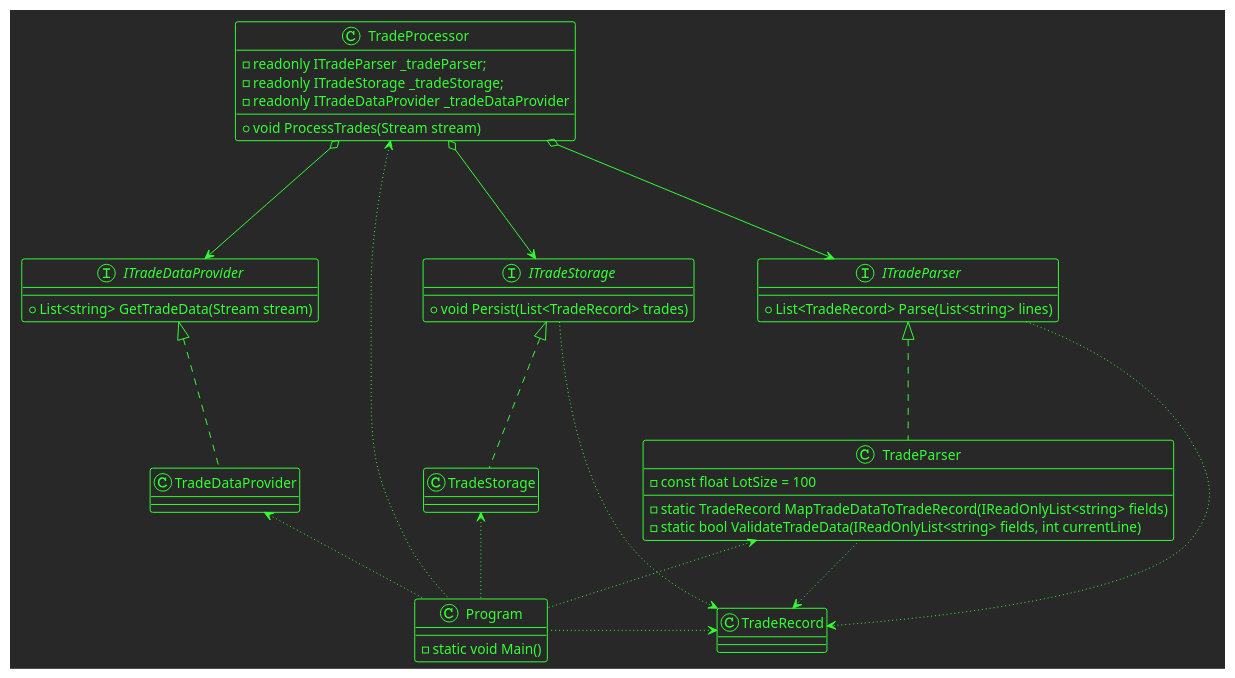
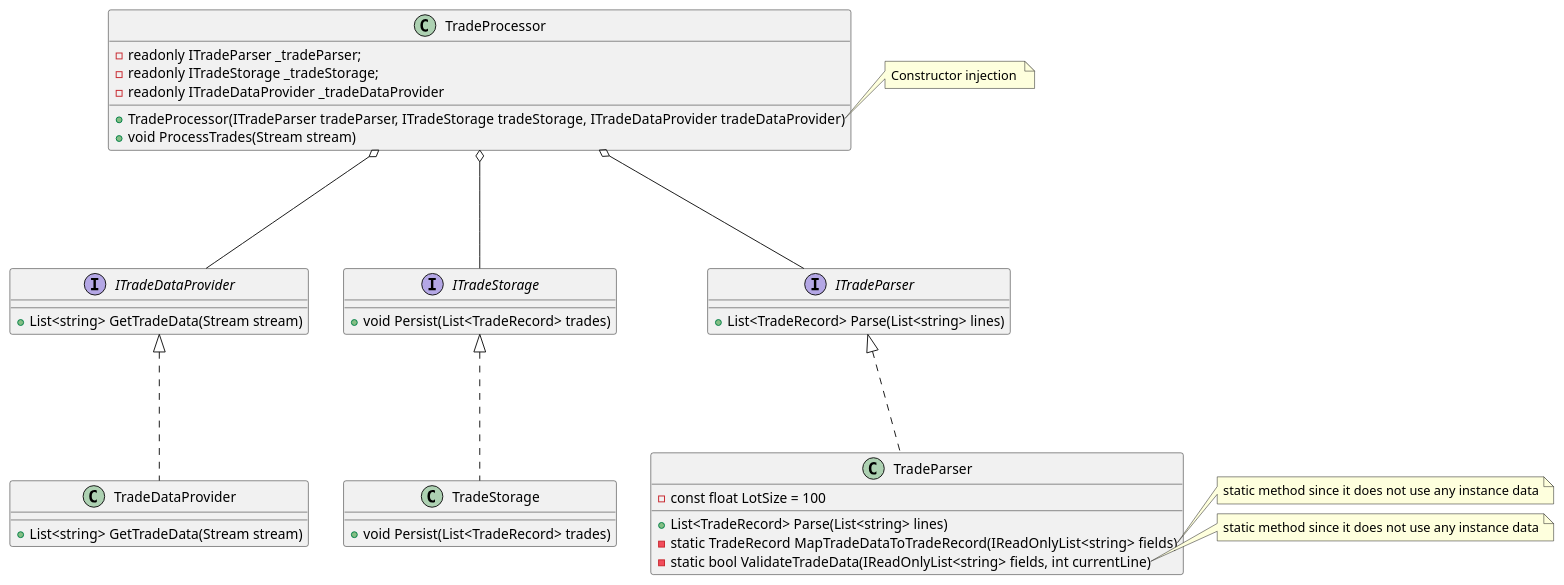
The diagram in solid-project-1/solid-project-1.puml (Shane-Wilson-class/solid-project-1), drawn with PlantUML before and after one commit. The commit also changed 2 other files, not shown here.

```diff
--- a/solid-project-1/solid-project-1.puml
+++ b/solid-project-1/solid-project-1.puml
@@ -1,51 +1,62 @@
 @startuml
-!theme crt-green
+
 interface ITradeDataProvider{
 + List<string> GetTradeData(Stream stream)
 }
 interface ITradeParser
 {
  + List<TradeRecord> Parse(List<string> lines)
 }
 interface ITradeStorage
 {
   + void Persist(List<TradeRecord> trades)
 }
-class TradeDataProvider
+
+class TradeStorage {
++ void Persist(List<TradeRecord> trades)
+}
+
+class TradeDataProvider {
++ List<string> GetTradeData(Stream stream)
+}
 class TradeParser {
 - const float LotSize = 100
++ List<TradeRecord> Parse(List<string> lines)
 - static TradeRecord MapTradeDataToTradeRecord(IReadOnlyList<string> fields)
 - static bool ValidateTradeData(IReadOnlyList<string> fields, int currentLine)
+}
 
-}
-class TradeStorage
-class TradeRecord
+note right of TradeParser::MapTradeDataToTradeRecord
+static method since it does not use any instance data
+end note
+note right of TradeParser::ValidateTradeData
+static method since it does not use any instance data
+end note
+
 
 class TradeProcessor {
  - readonly ITradeParser _tradeParser;
  - readonly ITradeStorage _tradeStorage;
  - readonly ITradeDataProvider _tradeDataProvider
- +  void ProcessTrades(Stream stream)
+ + TradeProcessor(ITradeParser tradeParser, ITradeStorage tradeStorage, ITradeDataProvider tradeDataProvider)
+ + void ProcessTrades(Stream stream)
 }
-TradeProcessor o--->ITradeParser
-TradeProcessor o--->ITradeDataProvider
-TradeProcessor o--->ITradeStorage
+
+note right of TradeProcessor::TradeProcessor
+    Constructor injection 
+end note
+
+TradeProcessor o---ITradeParser
+TradeProcessor o---ITradeDataProvider
+TradeProcessor o---ITradeStorage
 
 TradeParser ...up|> ITradeParser
 TradeStorage ...up|> ITradeStorage
 TradeDataProvider ...up|> ITradeDataProvider
 
-class Program {
-- static void Main()
-}
 
-Program -up[dotted]->TradeParser
-Program -up[dotted]->TradeStorage
-Program -up[dotted]->TradeDataProvider
-Program -up[dotted]->TradeProcessor
 
-ITradeParser-down[dotted]-->TradeRecord
-ITradeStorage-down[dotted]-->TradeRecord
-TradeParser-right[dotted]-->TradeRecord
-Program-right[dotted]-->TradeRecord
+
+
+
 @enduml
```
